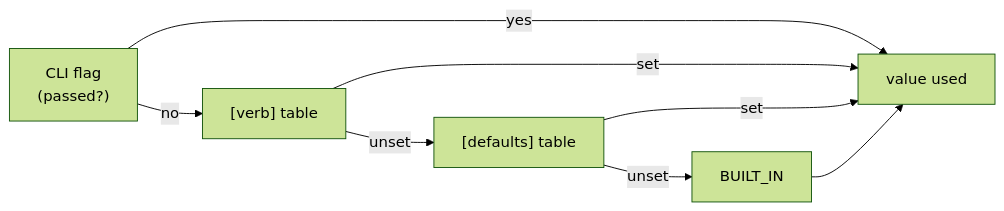
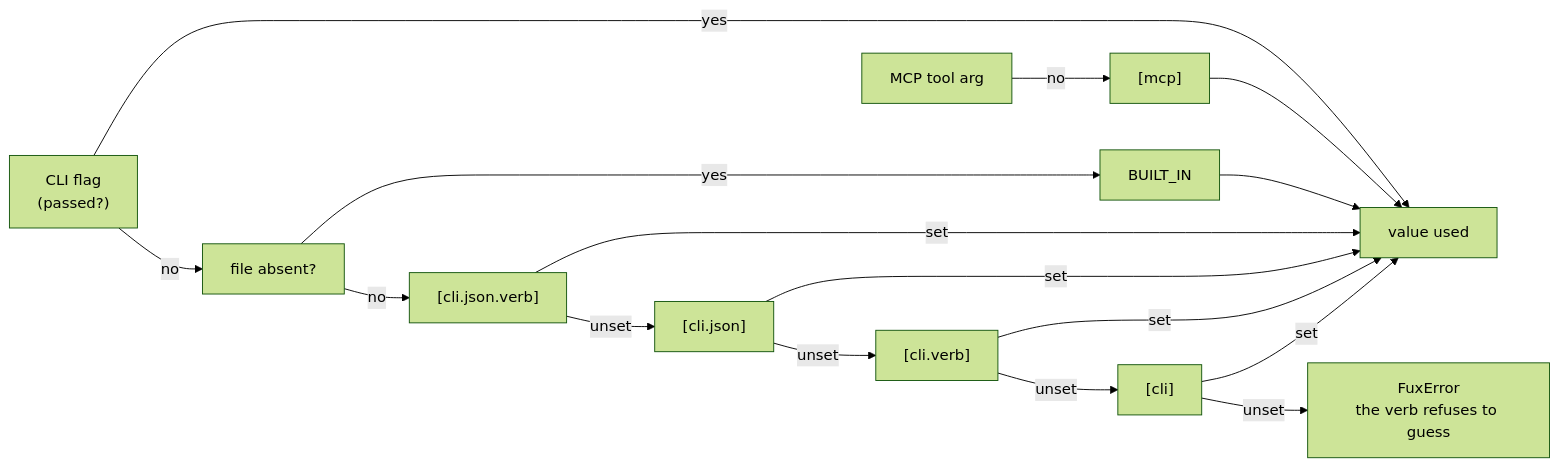
Before and after one commit to arpitarya/fux: the diagram in docs/adr/0144_output-defaults.md, drawn with Mermaid (forest theme). The commit also changed other lines of this file and 88 other files, not shown here.

````diff
--- a/docs/adr/0144_output-defaults.md
+++ b/docs/adr/0144_output-defaults.md
@@ -55,9 +61,16 @@
 ```mermaid
 flowchart LR
     F["CLI flag<br/>(passed?)"] -->|yes| OUT[value used]
-    F -->|no| V["[verb] table"]
-    V -->|set| OUT
-    V -->|unset| D["[defaults] table"]
-    D -->|set| OUT
-    D -->|unset| B["BUILT_IN"] --> OUT
+    F -->|no| A["file absent?"]
+    A -->|yes| B["BUILT_IN"] --> OUT
+    A -->|no| JV["[cli.json.verb]"]
+    JV -->|set| OUT
+    JV -->|unset| J["[cli.json]"]
+    J -->|set| OUT
+    J -->|unset| CV["[cli.verb]"]
+    CV -->|set| OUT
+    CV -->|unset| C["[cli]"]
+    C -->|set| OUT
+    C -->|unset| E["FuxError<br/>the verb refuses to guess"]
+    M["MCP tool arg"] -->|no| MT["[mcp]"] --> OUT
 ```
````
